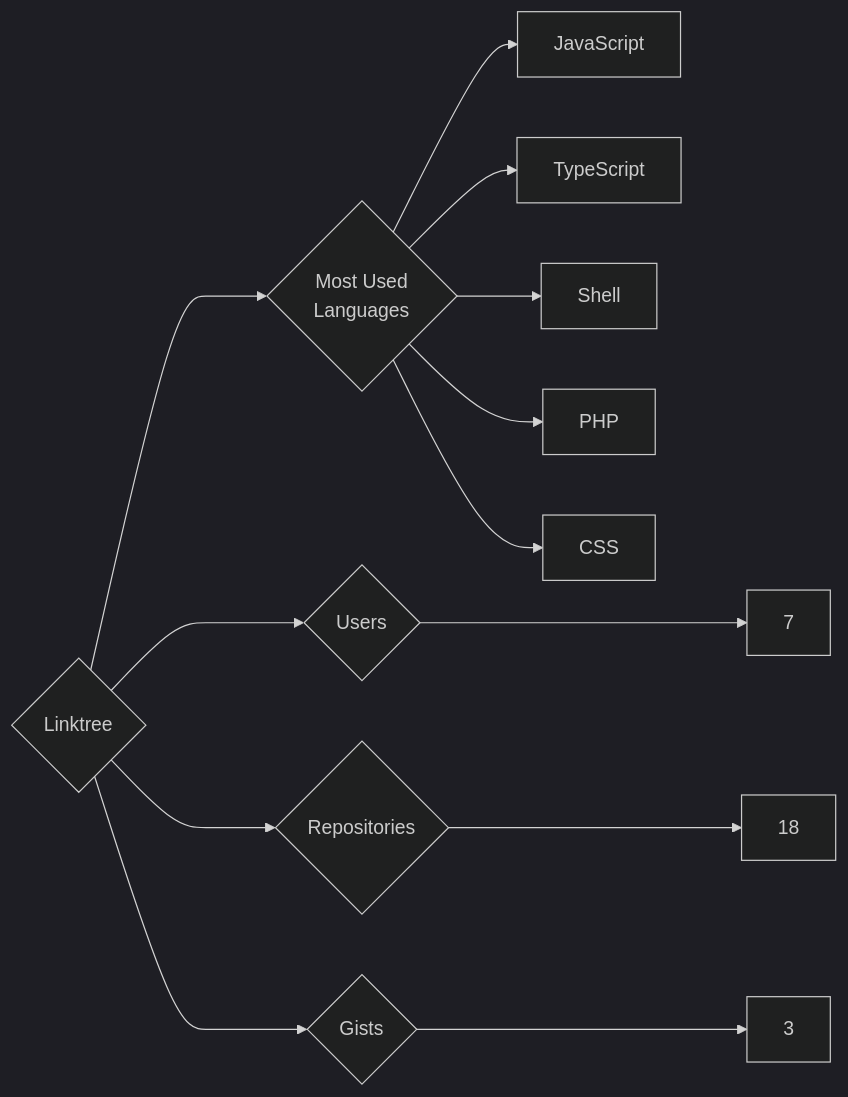
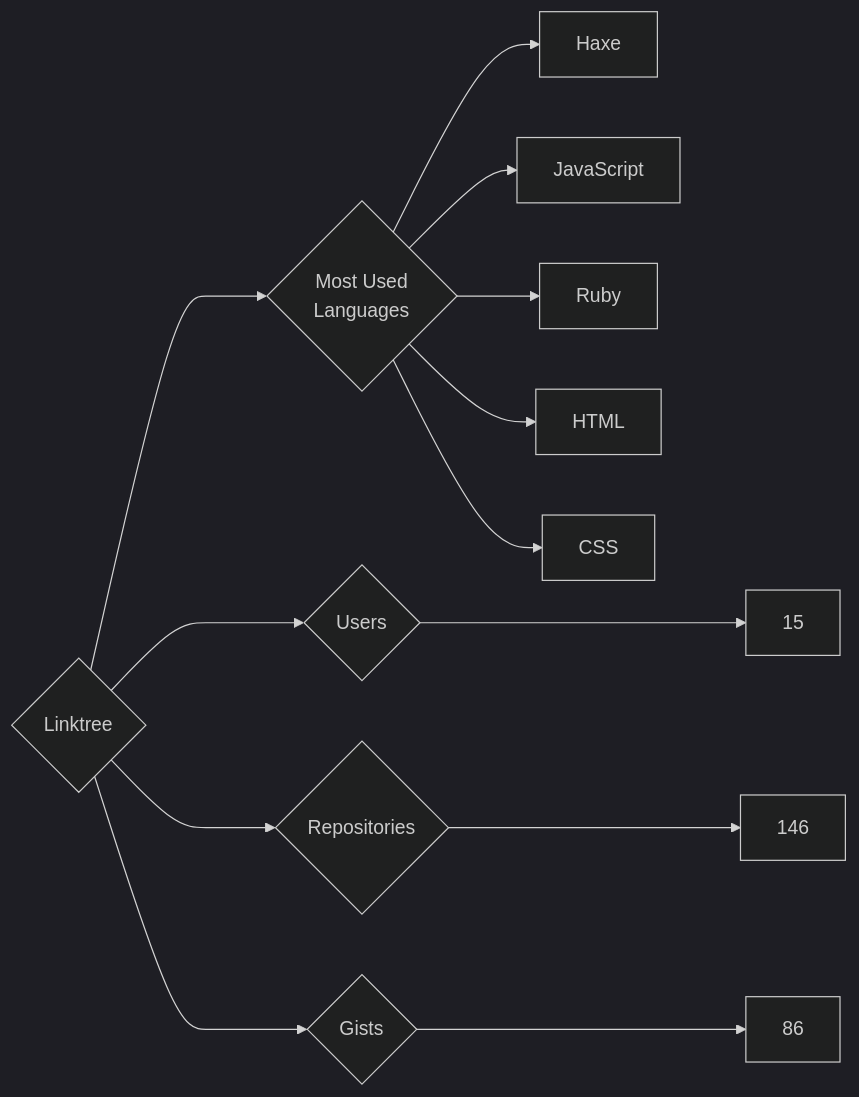
Before and after one commit to trickest/insiders: the diagram in targets/Linktree/README.md, drawn with Mermaid (dark theme). The commit also changed 877 other files, not shown here.

````diff
--- a/targets/Linktree/README.md
+++ b/targets/Linktree/README.md
@@ -3,13 +3,13 @@
 ```mermaid
 graph LR
 COMPANY_NAME{Linktree}
-COMPANY_NAME ---> U{Users} ---> UN[7]
-COMPANY_NAME ---> R{Repositories} ---> RN[18]
-COMPANY_NAME ---> G{Gists} ---> GN[3]
+COMPANY_NAME ---> U{Users} ---> UN[15]
+COMPANY_NAME ---> R{Repositories} ---> RN[146]
+COMPANY_NAME ---> G{Gists} ---> GN[86]
 COMPANY_NAME ---> ML{Most Used<br>Languages}
+ML --> Haxe[Haxe]
 ML --> JavaScript[JavaScript]
-ML --> TypeScript[TypeScript]
-ML --> Shell[Shell]
-ML --> PHP[PHP]
+ML --> Ruby[Ruby]
+ML --> HTML[HTML]
 ML --> CSS[CSS]
 ```
````
